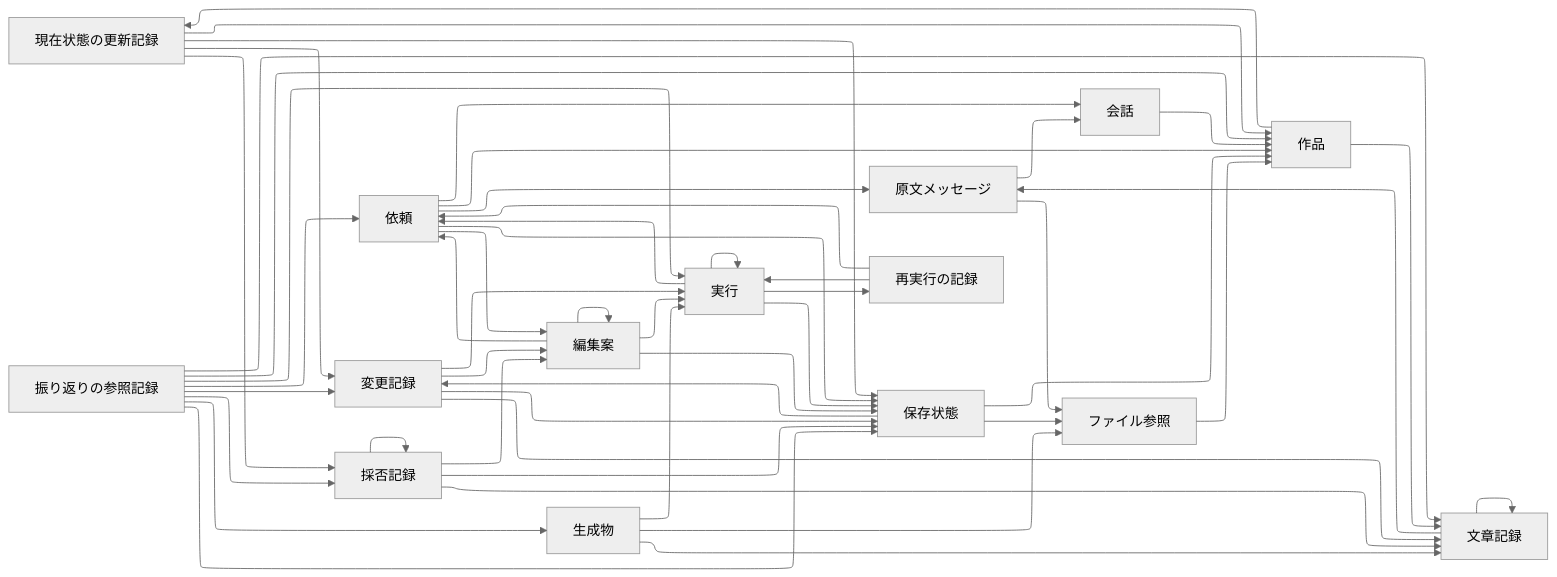
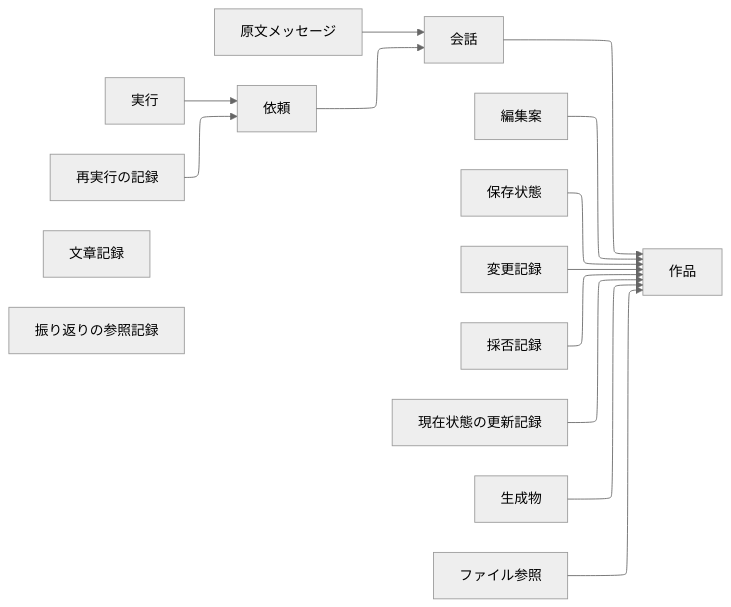
One commit to Kurarowa305/scene-craft changed the first of 2 diagrams in docs/design/domain-data-model.md. Above: the diagram before and after it, drawn with Mermaid. The commit also changed other lines of this file, not shown here.

Commit message:
docs: 関係図を所属の矢印だけに絞る

````diff
--- a/docs/design/domain-data-model.md
+++ b/docs/design/domain-data-model.md
@@ -49,72 +51,35 @@
 ```mermaid
 ---
 config:
   layout: elk
   theme: neutral
 ---
 flowchart LR
   E1["作品"]
   E2["会話"]
   E3["原文メッセージ"]
   E4["依頼"]
   E5["実行"]
   E6["再実行の記録"]
   E7["編集案"]
   E8["保存状態"]
   E9["変更記録"]
   E10["採否記録"]
   E11["現在状態の更新記録"]
   E12["生成物"]
   E13["ファイル参照"]
   E14["文章記録"]
   E15["振り返りの参照記録"]
-  E1 --> E11
-  E1 --> E14
   E2 --> E1
   E3 --> E2
-  E3 --> E13
   E4 --> E2
-  E4 --> E3
-  E4 --> E1
-  E4 --> E8
-  E4 --> E7
   E5 --> E4
-  E5 --> E8
-  E5 --> E5
-  E5 --> E6
   E6 --> E4
-  E6 --> E5
+  E7 --> E1
+  E8 --> E1
+  E9 --> E1
+  E10 --> E1
+  E11 --> E1
+  E12 --> E1
   E13 --> E1
-  E12 --> E5
-  E12 --> E13
-  E12 --> E14
-  E8 --> E1
-  E8 --> E13
-  E8 --> E9
-  E9 --> E8
-  E9 --> E5
-  E9 --> E7
-  E9 --> E14
-  E7 --> E4
-  E7 --> E5
-  E7 --> E8
-  E7 --> E7
-  E10 --> E7
-  E10 --> E8
-  E10 --> E14
-  E10 --> E10
-  E11 --> E1
-  E11 --> E8
-  E11 --> E10
-  E11 --> E9
-  E14 --> E3
-  E14 --> E14
-  E15 --> E4
-  E15 --> E5
-  E15 --> E1
-  E15 --> E8
-  E15 --> E10
-  E15 --> E9
-  E15 --> E14
-  E15 --> E12
 ```
````
